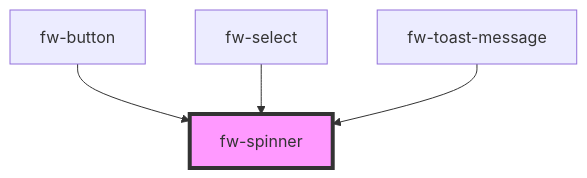
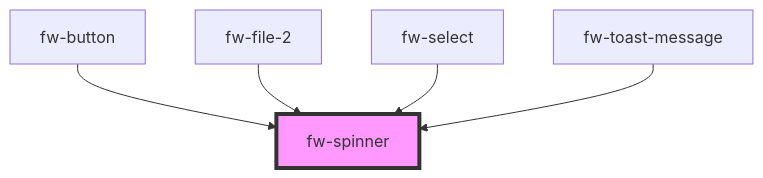
Before and after one commit to freshworks/crayons: the diagram in packages/crayons-core/src/components/spinner/readme.md, drawn with Mermaid. The commit also changed other lines of this file and 18 other files, not shown here.

````diff
--- a/packages/crayons-core/src/components/spinner/readme.md
+++ b/packages/crayons-core/src/components/spinner/readme.md
@@ -72,7 +73,8 @@
 ```mermaid
 graph TD;
   fw-button --> fw-spinner
+  fw-file-2 --> fw-spinner
   fw-select --> fw-spinner
   fw-toast-message --> fw-spinner
   style fw-spinner fill:#f9f,stroke:#333,stroke-width:4px
 ```
````
